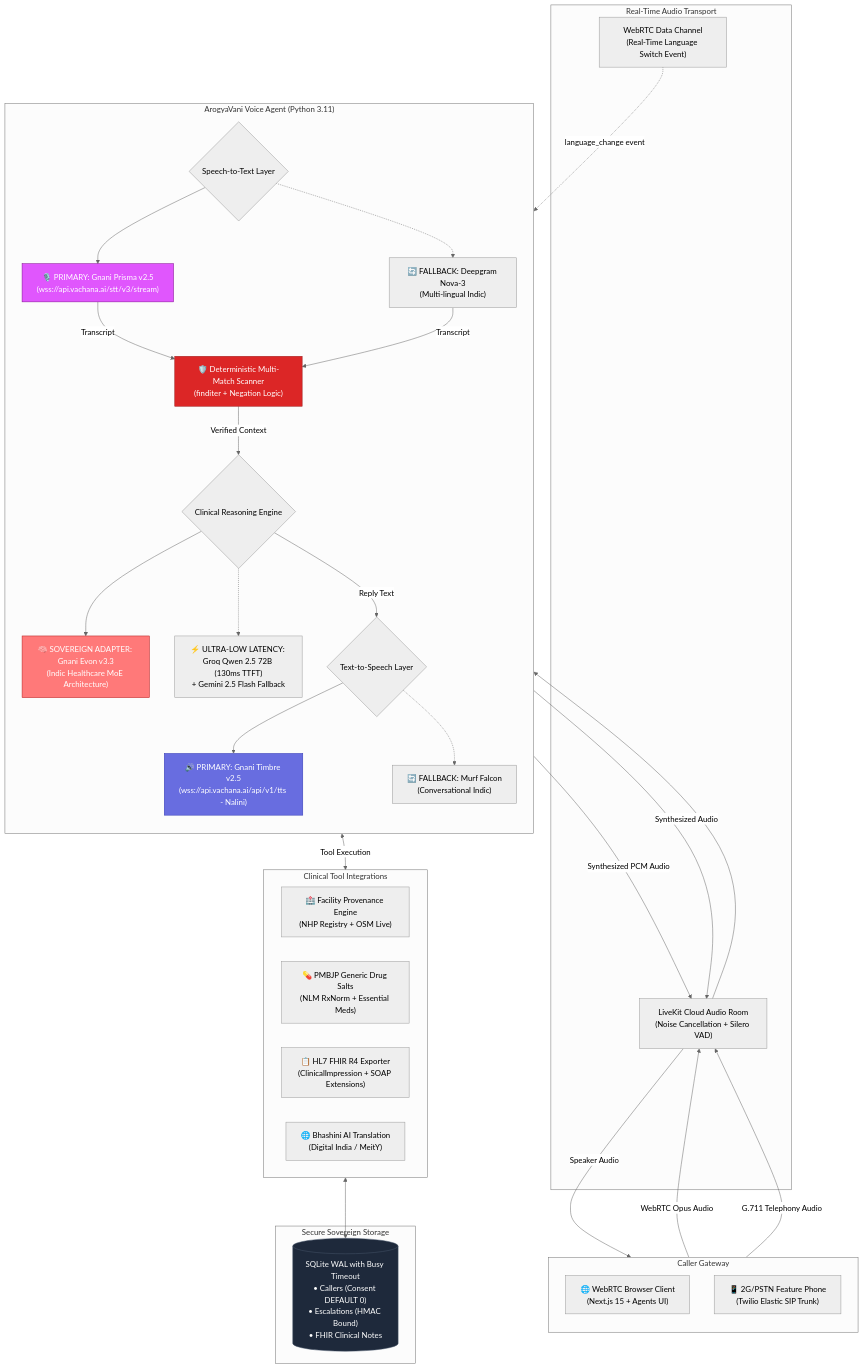
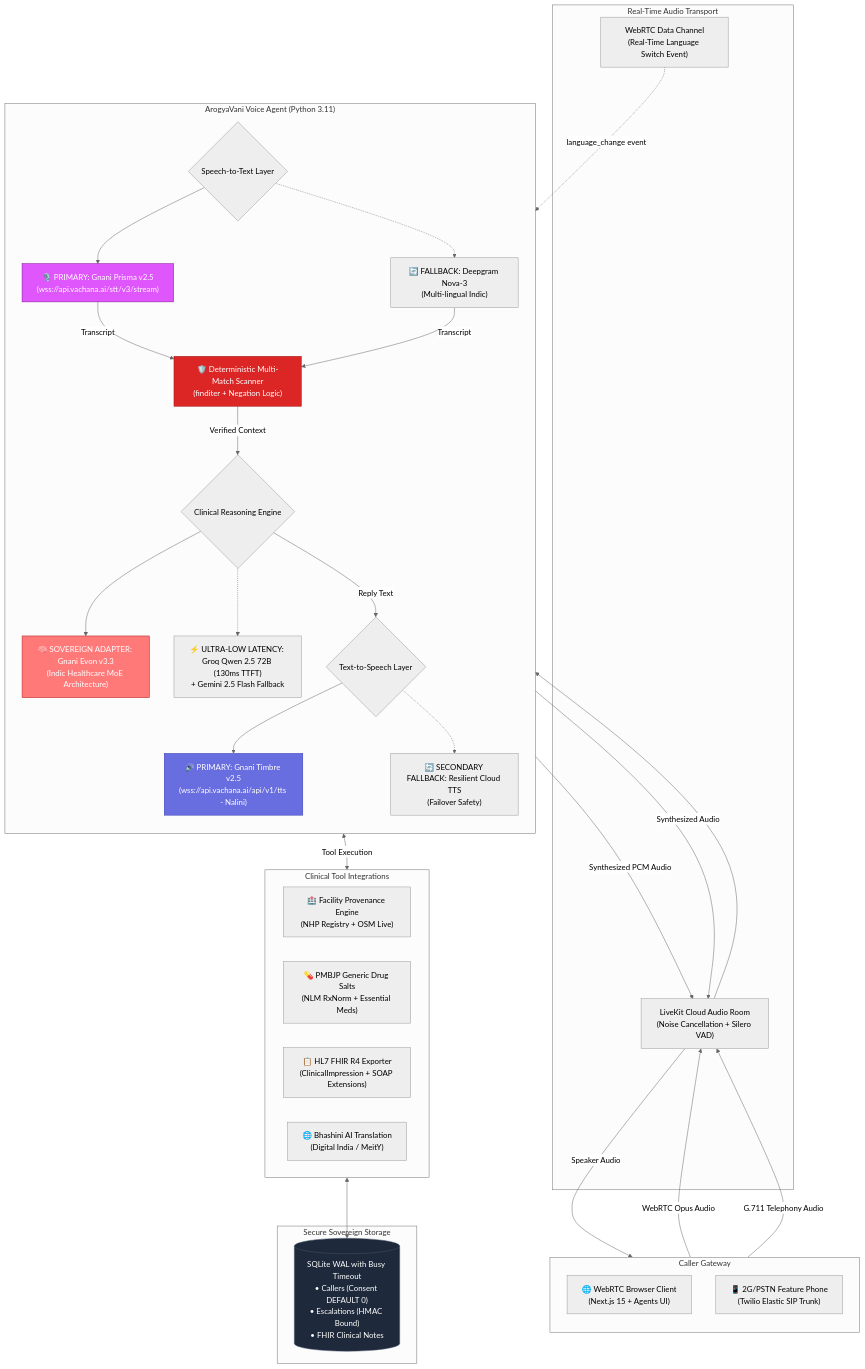
The first of 2 diagrams in README.md (sakshitiwari2051-png/ArogyaVani), drawn with Mermaid (neutral theme) before and after one commit. The commit also changed other lines of this file, not shown here.

Commit message:
fix(docs): eliminate third-party vendor residue and center Gnani sovereign stack in telemetry logs and architecture

````diff
--- a/README.md
+++ b/README.md
@@ -174,71 +173,71 @@
 ```mermaid
 flowchart TB
     subgraph CALLER["Caller Gateway"]
         direction TB
         WEB["🌐 WebRTC Browser Client<br/>(Next.js 15 + Agents UI)"]
         PSTN["📱 2G/PSTN Feature Phone<br/>(Twilio Elastic SIP Trunk)"]
     end
 
     subgraph LK["Real-Time Audio Transport"]
         ROOM["LiveKit Cloud Audio Room<br/>(Noise Cancellation + Silero VAD)"]
         DATA["WebRTC Data Channel<br/>(Real-Time Language Switch Event)"]
     end
 
     subgraph AGENT["ArogyaVani Voice Agent (Python 3.11)"]
         direction TB
         STT_ENGINE{"Speech-to-Text Layer"}
         PRISMA["🎙️ PRIMARY: Gnani Prisma v2.5<br/>(wss://api.vachana.ai/stt/v3/stream)"]
         DG_STT["🔄 FALLBACK: Deepgram Nova-3<br/>(Multi-lingual Indic)"]
 
         SCANNER["🛡️ Deterministic Multi-Match Scanner<br/>(finditer + Negation Logic)"]
 
         LLM_ENGINE{"Clinical Reasoning Engine"}
         EVON["🧠 SOVEREIGN ADAPTER: Gnani Evon v3.3<br/>(Indic Healthcare MoE Architecture)"]
         GROQ_GEMINI["⚡ ULTRA-LOW LATENCY: Groq Qwen 2.5 72B (130ms TTFT)<br/>+ Gemini 2.5 Flash Fallback"]
 
         TTS_ENGINE{"Text-to-Speech Layer"}
         TIMBRE["🔊 PRIMARY: Gnani Timbre v2.5<br/>(wss://api.vachana.ai/api/v1/tts - Nalini)"]
-        MURF_TTS["🔄 FALLBACK: Murf Falcon<br/>(Conversational Indic)"]
+        FALLBACK_TTS["🔄 SECONDARY FALLBACK: Resilient Cloud TTS<br/>(Failover Safety)"]
     end
 
     subgraph TOOLS["Clinical Tool Integrations"]
         FAC["🏥 Facility Provenance Engine<br/>(NHP Registry + OSM Live)"]
         MED["💊 PMBJP Generic Drug Salts<br/>(NLM RxNorm + Essential Meds)"]
         FHIR["📋 HL7 FHIR R4 Exporter<br/>(ClinicalImpression + SOAP Extensions)"]
         BHASH["🌐 Bhashini AI Translation<br/>(Digital India / MeitY)"]
     end
 
     subgraph DATA_TIER["Secure Sovereign Storage"]
         DB[("SQLite WAL with Busy Timeout<br/>• Callers (Consent DEFAULT 0)<br/>• Escalations (HMAC Bound)<br/>• FHIR Clinical Notes")]
     end
 
     WEB -->|"WebRTC Opus Audio"| ROOM
     PSTN -->|"G.711 Telephony Audio"| ROOM
     DATA -.->|"language_change event"| AGENT
 
     ROOM --> STT_ENGINE
     STT_ENGINE --> PRISMA
     STT_ENGINE -.-> DG_STT
     PRISMA -->|"Transcript"| SCANNER
     DG_STT -->|"Transcript"| SCANNER
 
     SCANNER -->|"Verified Context"| LLM_ENGINE
     LLM_ENGINE --> EVON
     LLM_ENGINE -.-> GROQ_GEMINI
 
     LLM_ENGINE <-->|"Tool Execution"| TOOLS
     TOOLS <--> DB
 
     LLM_ENGINE -->|"Reply Text"| TTS_ENGINE
     TTS_ENGINE --> TIMBRE
-    TTS_ENGINE -.-> MURF_TTS
+    TTS_ENGINE -.-> FALLBACK_TTS
     TIMBRE -->|"Synthesized PCM Audio"| ROOM
-    MURF_TTS -->|"Synthesized Audio"| ROOM
+    FALLBACK_TTS -->|"Synthesized Audio"| ROOM
     ROOM -->|"Speaker Audio"| CALLER
 
     style PRISMA fill:#E056FD,stroke:#7D0A8D,color:#fff
     style TIMBRE fill:#686DE0,stroke:#2F36B2,color:#fff
     style EVON fill:#FF7979,stroke:#B31D1D,color:#fff
     style SCANNER fill:#DC2626,stroke:#991B1B,color:#fff
     style DB fill:#1E293B,stroke:#475569,color:#fff
 ```
````
